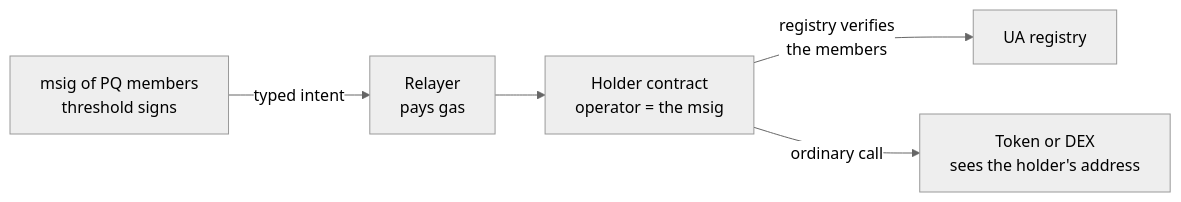
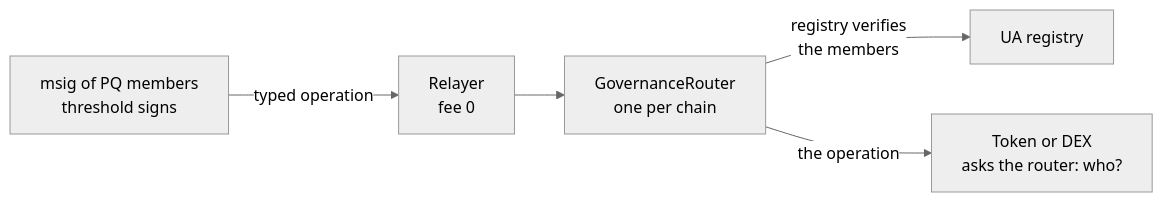
The fourth of 9 diagrams in README.md (dinhduongha/scaas), drawn with Mermaid (neutral theme) before and after one commit. The commit also changed other lines of this file and 20 other files, not shown here.

````diff
--- a/README.md
+++ b/README.md
@@ -409,7 +410,7 @@
 ```mermaid
 flowchart LR
-    M["msig of PQ members<br/>threshold signs"] -->|"typed intent"| R["Relayer<br/>pays gas"]
-    R --> H["Holder contract<br/>operator = the msig"]
-    H -->|"registry verifies<br/>the members"| G["UA registry"]
-    H -->|"ordinary call"| T["Token or DEX<br/>sees the holder's address"]
+    M["msig of PQ members<br/>threshold signs"] -->|"typed operation"| R["Relayer<br/>fee 0"]
+    R --> GR["GovernanceRouter<br/>one per chain"]
+    GR -->|"registry verifies<br/>the members"| G["UA registry"]
+    GR -->|"the operation"| T["Token or DEX<br/>asks the router: who?"]
 ```
````
